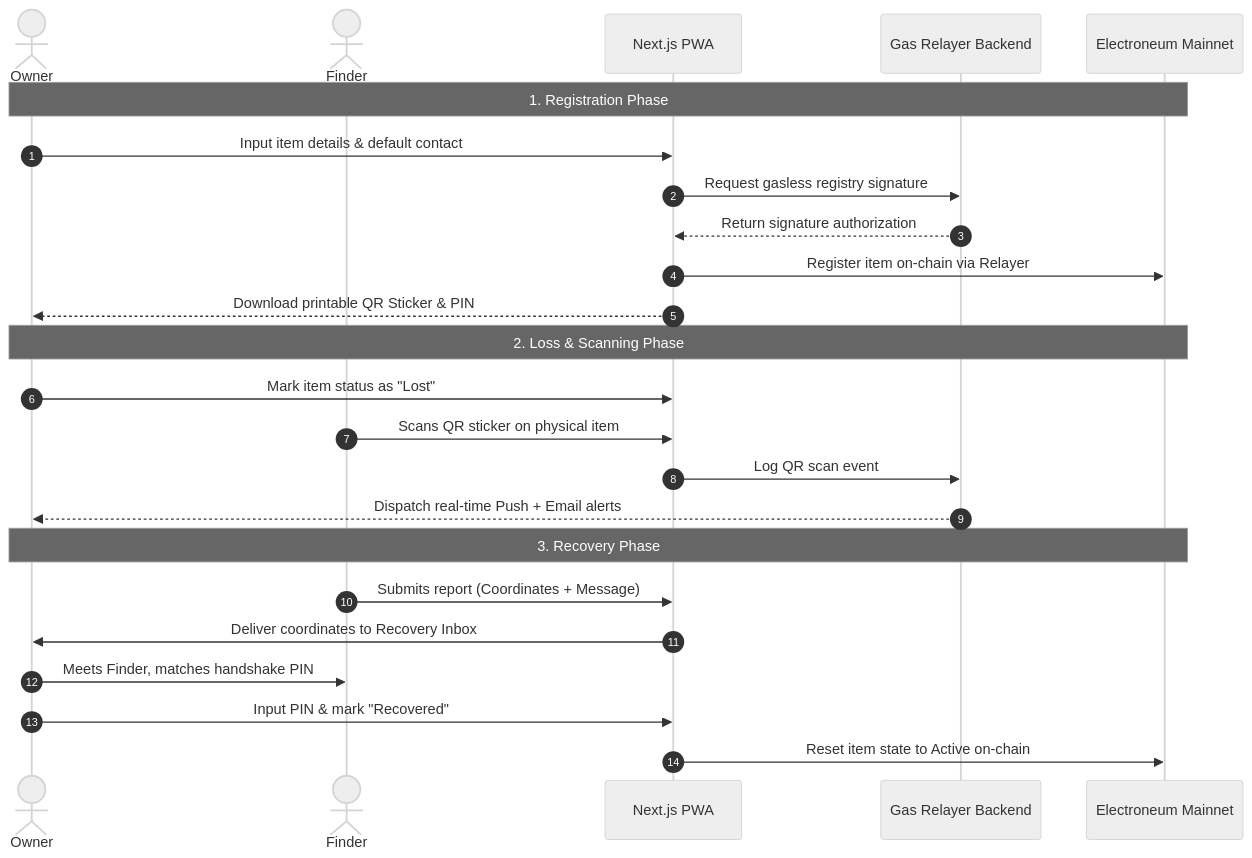
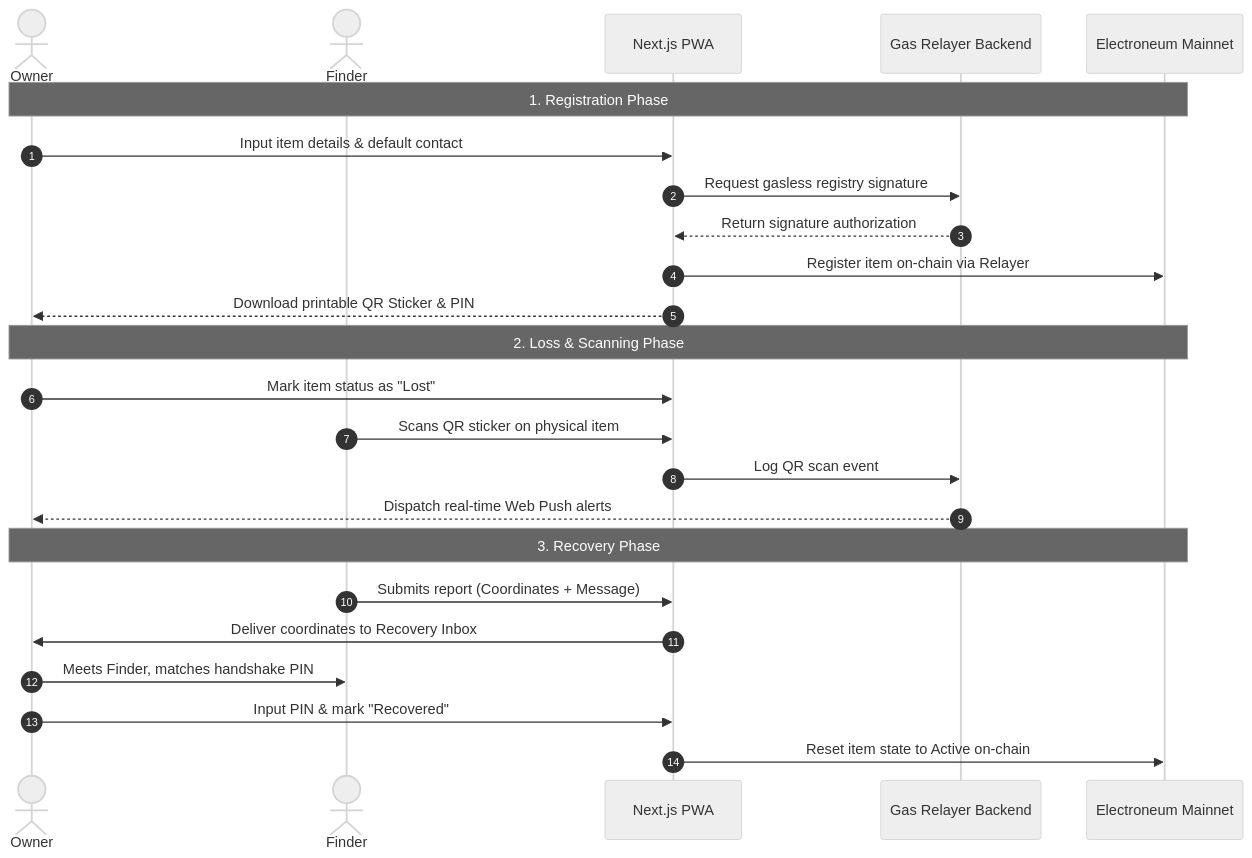
The diagram in README.md (DevBigEazi/Recover), drawn with Mermaid (neutral theme) before and after one commit. The commit also changed other lines of this file and 2 other files, not shown here.

````diff
--- a/README.md
+++ b/README.md
@@ -9,29 +9,29 @@
 ```mermaid
 sequenceDiagram
     autonumber
     actor Owner
     actor Finder
     participant App as Next.js PWA
     participant Relayer as Gas Relayer Backend
     participant Chain as Electroneum Mainnet
 
     Note over Owner, Chain: 1. Registration Phase
     Owner->>App: Input item details & default contact
     App->>Relayer: Request gasless registry signature
     Relayer-->>App: Return signature authorization
     App->>Chain: Register item on-chain via Relayer
     App-->>Owner: Download printable QR Sticker & PIN
 
     Note over Owner, Chain: 2. Loss & Scanning Phase
     Owner->>App: Mark item status as "Lost"
     Finder->>App: Scans QR sticker on physical item
     App->>Relayer: Log QR scan event
-    Relayer-->>Owner: Dispatch real-time Push + Email alerts
+    Relayer-->>Owner: Dispatch real-time Web Push alerts
 
     Note over Owner, Chain: 3. Recovery Phase
     Finder->>App: Submits report (Coordinates + Message)
     App->>Owner: Deliver coordinates to Recovery Inbox
     Owner->>Finder: Meets Finder, matches handshake PIN
     Owner->>App: Input PIN & mark "Recovered"
     App->>Chain: Reset item state to Active on-chain
 ```
````
